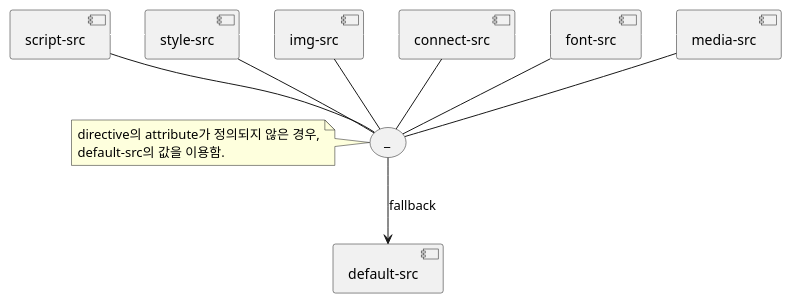
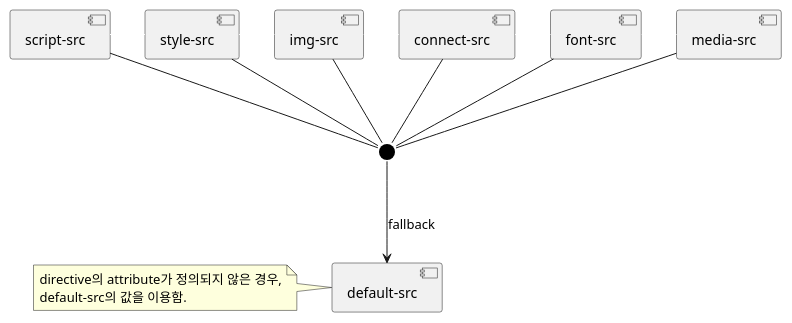
The diagram in docs/csp-directive.pu (phoi5675/ContentSecurityPolicy_Example), drawn with PlantUML before and after one commit. The commit also changed 1 other file, not shown here.

Commit message:
Update diagrams for CSP - Delete csp_types.pu - Change interface to black in csp-directives in csp-directives.pu

```diff
--- a/docs/csp-directive.pu
+++ b/docs/csp-directive.pu
@@ -1,59 +1,61 @@
 @startuml csp_directive
 
 skinparam interface {
-  backgroundColor white
-  borderColor white
+  borderColor Transparent
+  backgroundColor #000000
+  fontColor Transparent
+  stereotypeFontColor Transparent
 }
 
 component script_src [
   script-src
 ]
 
 component style_src [
   style-src
 ]
 
 component img_src [
   img-src
 ]
 
 component connect_src [
   connect-src
 ]
 
 component font_src [
   font-src
 ]
 
 component media_src [
   media-src
 ]
 
 script_src -right[#white]- style_src
 style_src -right[#white]- img_src
 img_src -right[#white]- connect_src
 connect_src -right[#white]- font_src 
 font_src -right[#white]- media_src
 
-(_) as INF
+interface inf as INF
 
   script_src -down- INF
   style_src -down- INF
   img_src -down- INF
   connect_src -down- INF 
   font_src -down- INF
   media_src -down- INF
 
 
 component default_src [
   default-src
 ]
 
-note left of INF
+note left of default_src
 directive의 attribute가 정의되지 않은 경우,
 default-src의 값을 이용함.
 end note
 
 INF -down-> default_src : fallback
 
 @enduml
```
